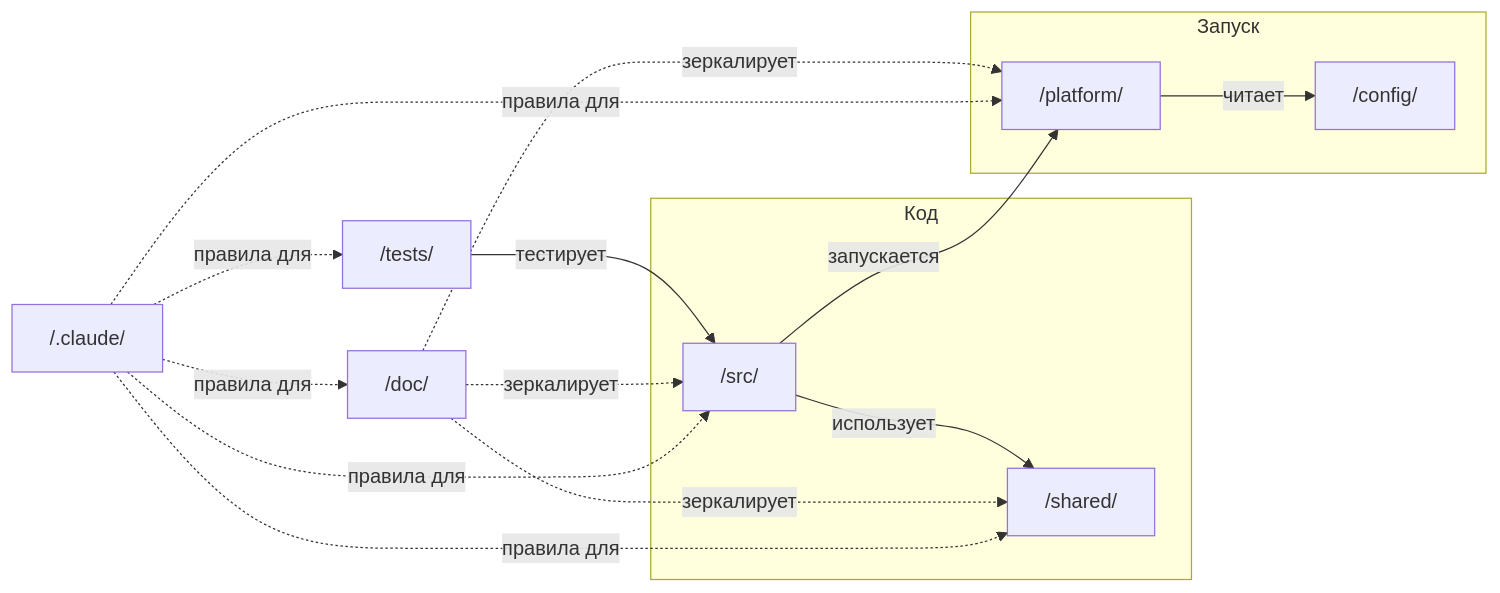
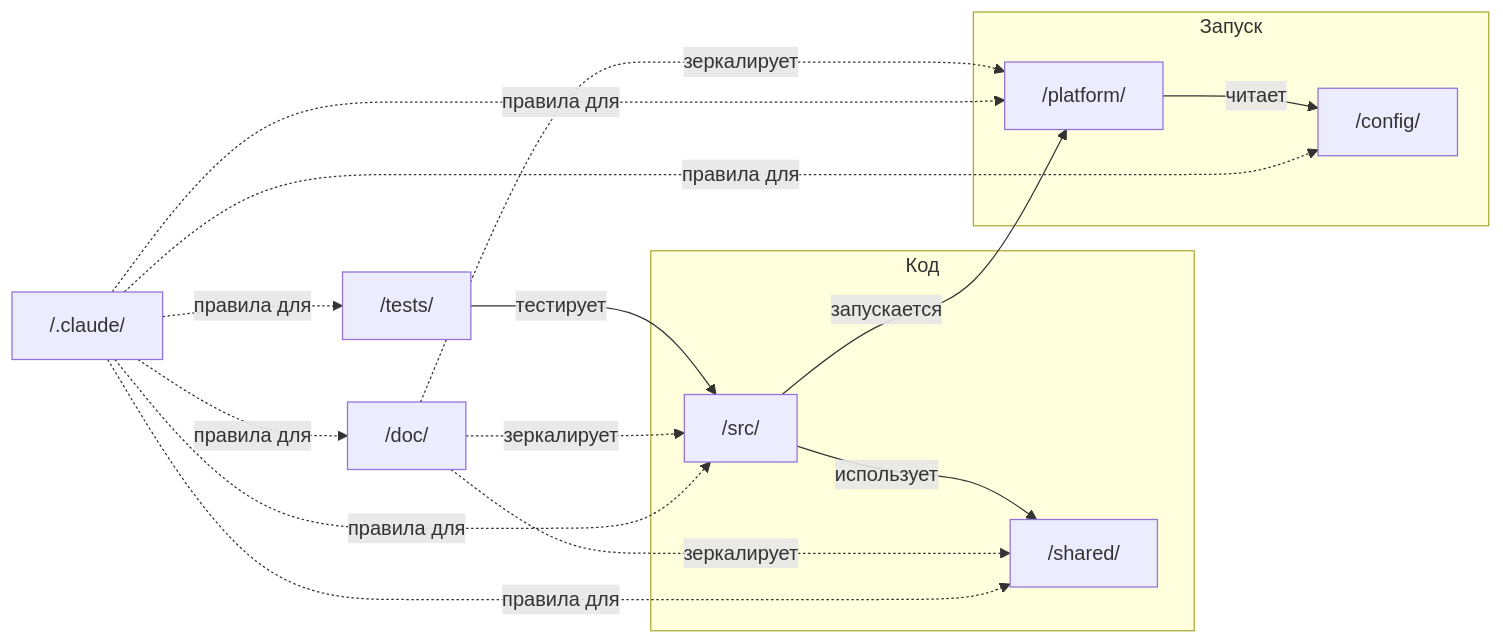
One commit to NSEvteev/FullSpec changed the diagram in refactoring.md. Above: the diagram before and after it, drawn with Mermaid. The commit also changed other lines of this file, not shown here.

First line of the commit message:
docs: Добавлены инструкции для /config/ в refactoring.md

````diff
--- a/refactoring.md
+++ b/refactoring.md
@@ -171,31 +171,32 @@
 ```mermaid
 graph LR
     subgraph "Код"
         SRC["/src/"]
         SHARED["/shared/"]
     end
 
     subgraph "Запуск"
         PLATFORM["/platform/"]
         CONFIG["/config/"]
     end
 
     DOC["/doc/"]
     TESTS["/tests/"]
     CLAUDE["/.claude/"]
 
     SRC -->|использует| SHARED
     SRC -->|запускается| PLATFORM
     PLATFORM -->|читает| CONFIG
     TESTS -->|тестирует| SRC
 
     DOC -.->|зеркалирует| SRC
     DOC -.->|зеркалирует| SHARED
     DOC -.->|зеркалирует| PLATFORM
 
     CLAUDE -.->|правила для| SRC
     CLAUDE -.->|правила для| DOC
     CLAUDE -.->|правила для| SHARED
+    CLAUDE -.->|правила для| CONFIG
     CLAUDE -.->|правила для| PLATFORM
     CLAUDE -.->|правила для| TESTS
 ```
````
